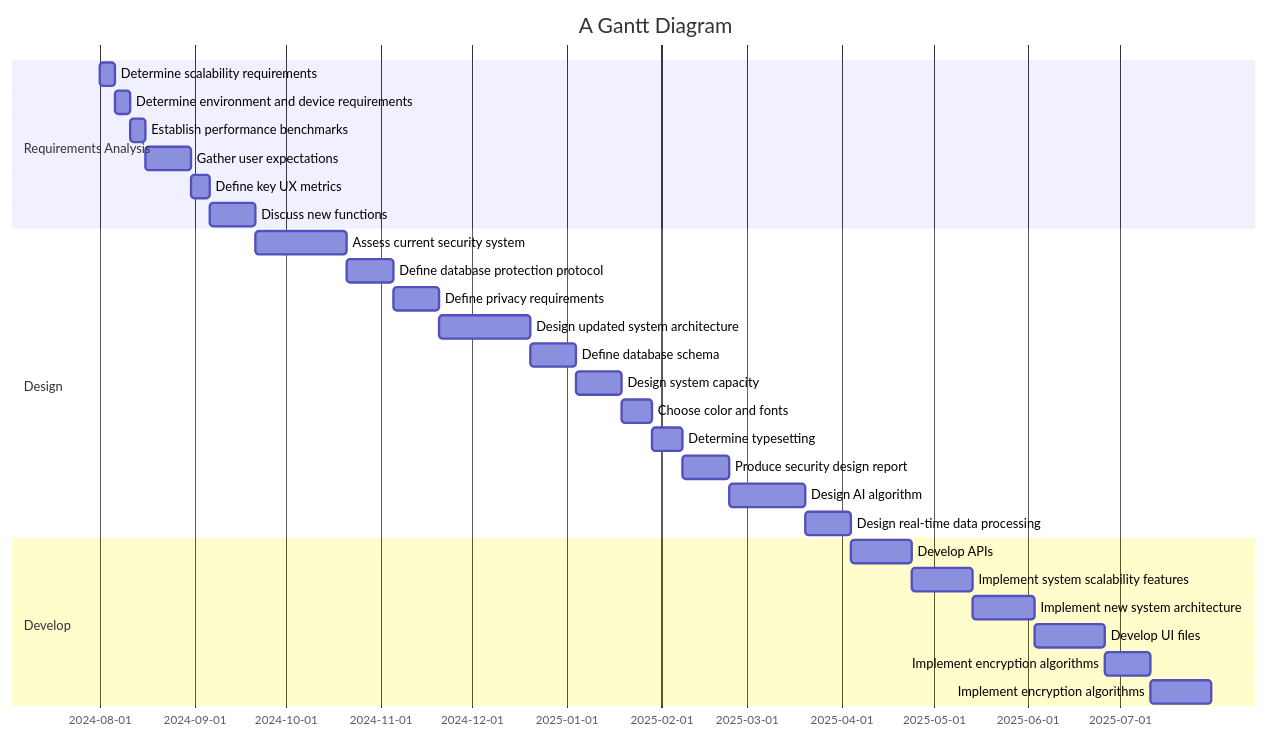
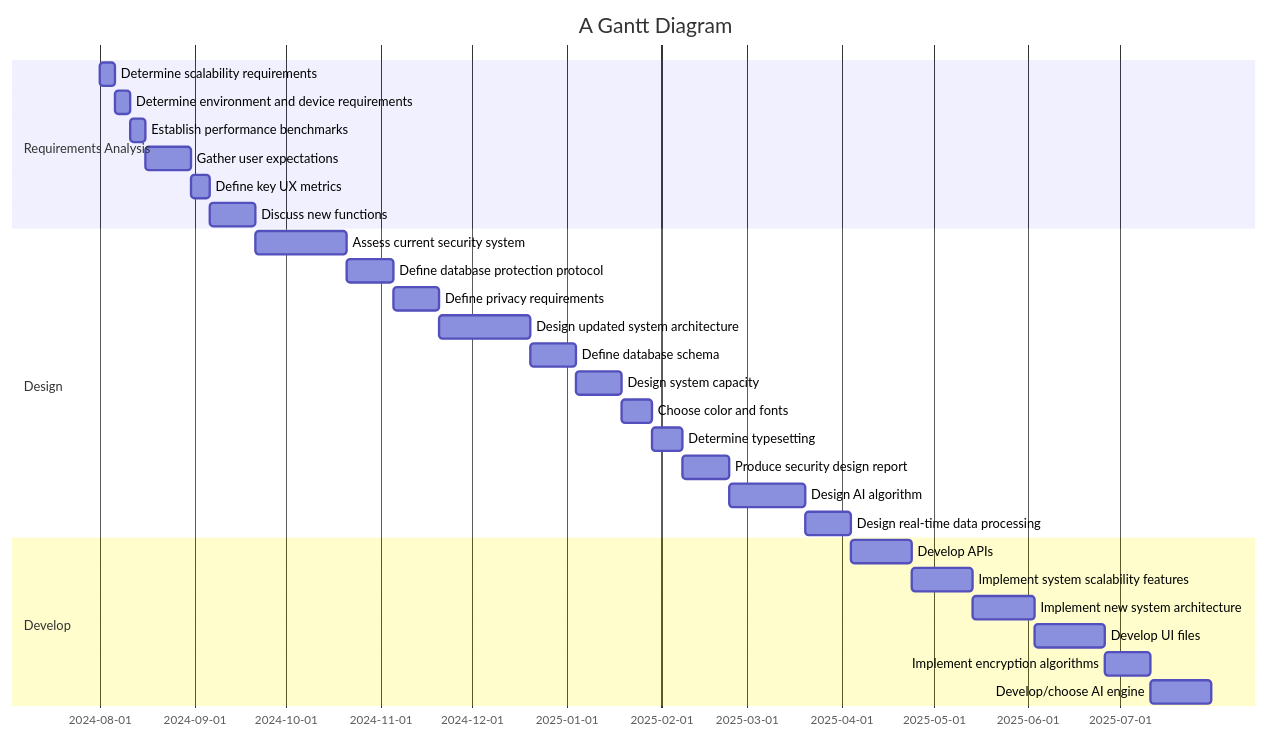
One commit to sayshelley/iodraw-files changed the diagram in all/Untitled.md. Above: the diagram before and after it, drawn with Mermaid.

Commit message:
2024-10-04 22:50:16 update

````diff
--- a/all/Untitled.md
+++ b/all/Untitled.md
@@ -1,35 +1,36 @@
 ```mermaid
 gantt
     title A Gantt Diagram
     dateFormat  YYYY-MM-DD
     section Requirements Analysis
     Determine scalability requirements :a1, 2024-08-01, 5d
     Determine environment and device requirements :a2, after a1, 5d
     Establish performance benchmarks: a3, after a2, 5d
     Gather user expectations: a4, after a3, 15d
     Define key UX metrics : a5, after a4, 6d
     Discuss new functions: a6, after a5, 15d
     section Design
     Assess current security system:b1, after a6, 30d
     Define database protection protocol: b2, after b1, 15d
     Define privacy requirements: b3, after b2, 15d
     Design updated system architecture: b4, after b3, 30d
     Define database schema: b5, after b4, 15d
     Design system capacity: b6, after b5, 15d
     Choose color and fonts: b7, after b6, 10d
     Determine typesetting: b8, after b7, 10d
     Produce security design report: b9, after b8, 15d
     Design AI algorithm: b10, after b9, 25d
     Design real-time data processing: b11, after b10, 15d
     section Develop
     Develop APIs: c1, after b11, 20d
     Implement system scalability features: c2, after c1, 20d
     Implement new system architecture: c3, after c2, 20d
     Develop UI files: c4, after c3, 23d
     Implement encryption algorithms: c5, after c4, 15d
-    Implement encryption algorithms: c6, after c5, 20d
+    Develop/choose AI engine: c6, after c5, 20d
+
     
 
 
    
 ```
````
